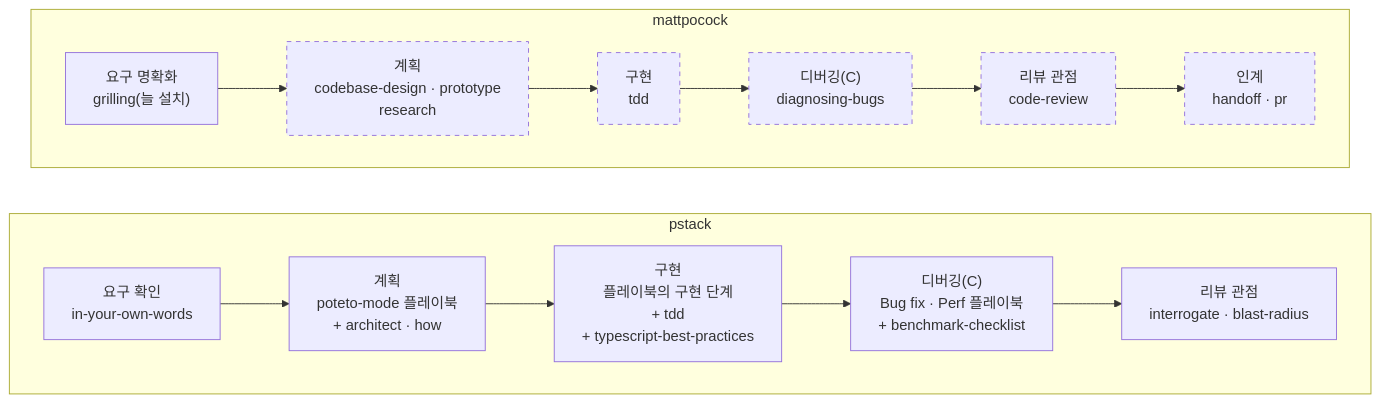
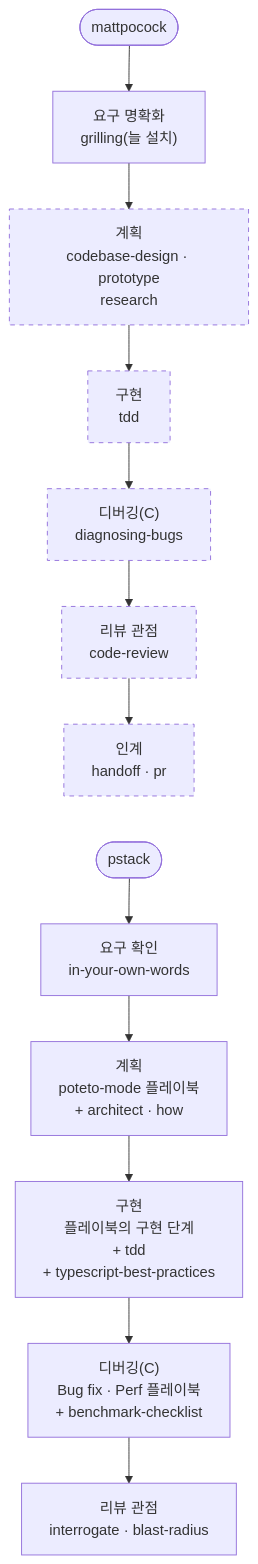
The fifth of 12 diagrams in handbook/skills/brain-flow.md (roadkwon-ai/pro-kit), drawn with Mermaid before and after one commit. The commit also changed other lines of this file and 50 other files, not shown here.

````diff
--- a/handbook/skills/brain-flow.md
+++ b/handbook/skills/brain-flow.md
@@ -159,24 +164,23 @@
 ```mermaid
 ---
 config:
   flowchart:
-    wrappingWidth: 260
+    wrappingWidth: 200
 ---
 flowchart TB
-  subgraph MP["mattpocock"]
-    MP1["요구 명확화<br/>grilling(늘 설치)"] --> MP2["계획<br/>codebase-design · prototype<br/>research"]
-    MP2 --> MP3["구현<br/>tdd"]
-    MP3 --> MP4["디버깅(C)<br/>diagnosing-bugs"]
-    MP4 --> MP5["리뷰 관점<br/>code-review"]
-    MP5 --> MP6["인계<br/>handoff · pr"]
-  end
-  subgraph PS["pstack"]
-    PS1["요구 확인<br/>in-your-own-words"] --> PS2["계획<br/>poteto-mode 플레이북<br/>+ architect · how"]
-    PS2 --> PS3["구현<br/>플레이북의 구현 단계<br/>+ tdd<br/>+ typescript-best-practices"]
-    PS3 --> PS4["디버깅(C)<br/>Bug fix · Perf 플레이북<br/>+ benchmark-checklist"]
-    PS4 --> PS5["리뷰 관점<br/>interrogate · blast-radius"]
-  end
-  MP ~~~ PS
+  accTitle: pstack과 mattpocock
+  accDescr: mattpocock은 요구 명확화부터 인계까지, pstack은 요구 확인부터 리뷰 관점까지 단계마다 쓰는 스킬을 보여 줘요. 점선은 고른 추가 스킬이 있을 때만 써요.
+  MP0(["mattpocock"]) --> MP1
+  MP1["요구 명확화<br/>grilling(늘 설치)"] --> MP2["계획<br/>codebase-design · prototype<br/>research"]
+  MP2 --> MP3["구현<br/>tdd"]
+  MP3 --> MP4["디버깅(C)<br/>diagnosing-bugs"]
+  MP4 --> MP5["리뷰 관점<br/>code-review"]
+  MP5 --> MP6["인계<br/>handoff · pr"]
+  MP6 ~~~ PS0(["pstack"])
+  PS0 --> PS1["요구 확인<br/>in-your-own-words"] --> PS2["계획<br/>poteto-mode 플레이북<br/>+ architect · how"]
+  PS2 --> PS3["구현<br/>플레이북의 구현 단계<br/>+ tdd<br/>+ typescript-best-practices"]
+  PS3 --> PS4["디버깅(C)<br/>Bug fix · Perf 플레이북<br/>+ benchmark-checklist"]
+  PS4 --> PS5["리뷰 관점<br/>interrogate · blast-radius"]
   classDef opt stroke-dasharray: 5 5
   class MP2,MP3,MP4,MP5,MP6 opt
 ```
````
